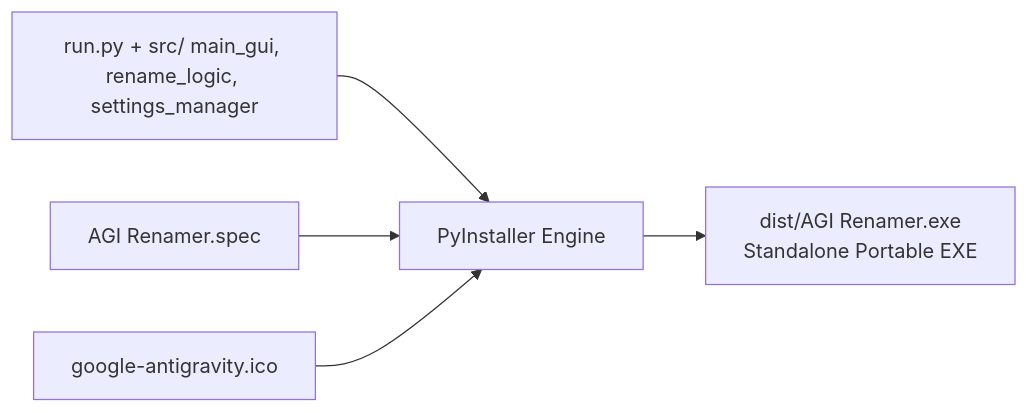
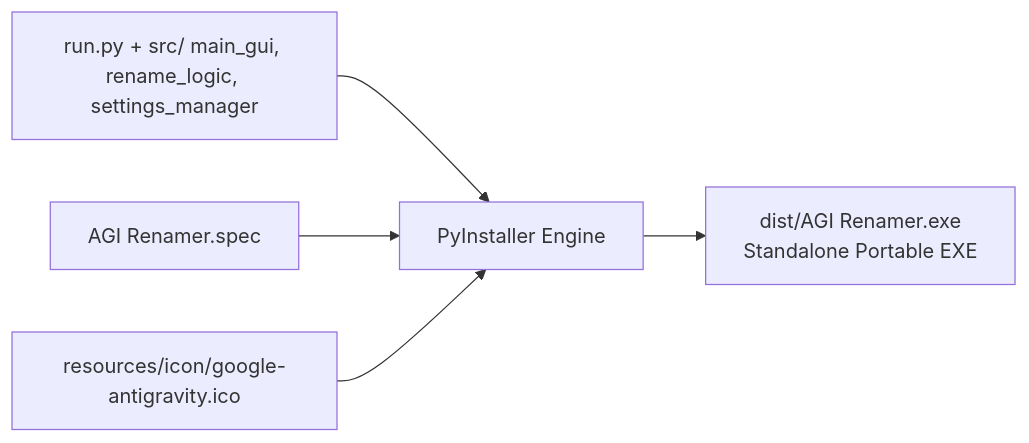
Before and after one commit to adarmawan117/rename-agi-conversation-title: the diagram in .docs/BUILD_AND_PACKAGING.md, drawn with Mermaid. The commit also changed other lines of this file and 6 other files, not shown here.

First line of the commit message:
Refactor: Extract stylesheet to resources/styles/theme.qss and relocate icons to resources/icon/

````diff
--- a/.docs/BUILD_AND_PACKAGING.md
+++ b/.docs/BUILD_AND_PACKAGING.md
@@ -11,7 +11,7 @@
 ```mermaid
 graph LR
     Src[run.py + src/ main_gui, rename_logic, settings_manager] --> PyInstaller[PyInstaller Engine]
     Spec[AGI Renamer.spec] --> PyInstaller
-    Icon[google-antigravity.ico] --> PyInstaller
+    Icon[resources/icon/google-antigravity.ico] --> PyInstaller
     PyInstaller --> OutDir[dist/AGI Renamer.exe<br/>Standalone Portable EXE]
 ```
````
